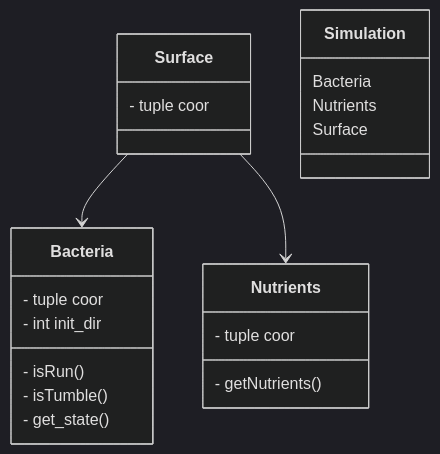
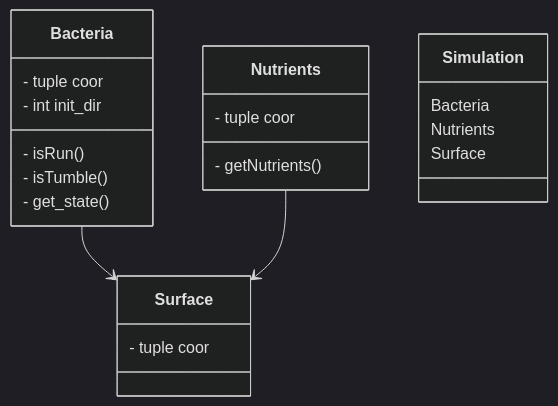
One commit to programming-formalisms/programming_formalisms_project_summer_2024 changed the diagram in learners/phuong/class.md. Above: the diagram before and after it, drawn with Mermaid (dark theme).

````diff
--- a/learners/phuong/class.md
+++ b/learners/phuong/class.md
@@ -2,29 +2,29 @@
 ```mermaid
 classDiagram
 class Surface{
     - tuple coor
 }
 
 class Bacteria{
     - tuple coor
     - int init_dir
     - isRun()
     - isTumble()
     - get_state()
 }
 
 class Nutrients{
     - tuple coor
     - getNutrients()
 }
 
 
 class Simulation{
     Bacteria
     Nutrients
     Surface
 }
 
-Surface --> Bacteria
-Surface --> Nutrients
+Bacteria --> Surface
+Nutrients --> Surface
 ```
````
